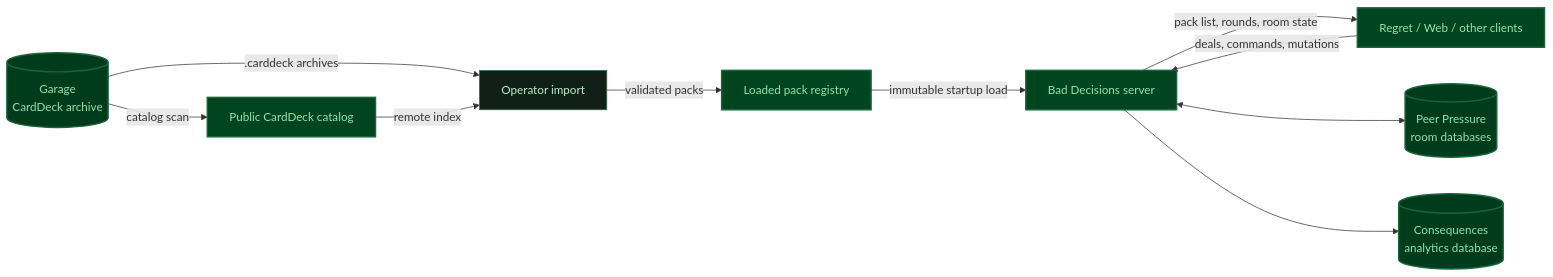
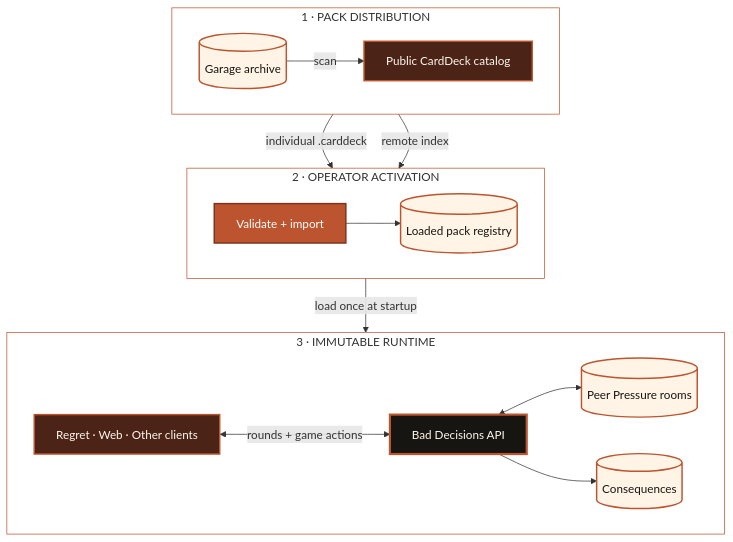
One commit to BytesAndCoffee/bad-decisions changed the diagram in README.md. Above: the diagram before and after it, drawn with Mermaid.

Commit message:
Polish the system architecture diagram

````diff
--- a/README.md
+++ b/README.md
@@ -56,28 +56,41 @@
 ```mermaid
-flowchart LR
-    archive[(Garage<br/>CardDeck archive)]
-    catalog[Public CardDeck catalog]
-    operator[Operator import]
-    registry[Loaded pack registry]
-    server[Bad Decisions server]
-    clients[Regret / Web / other clients]
-    rooms[(Peer Pressure<br/>room databases)]
-    consequences[(Consequences<br/>analytics database)]
+flowchart TB
+    subgraph distribution["1 · PACK DISTRIBUTION"]
+        direction LR
+        archive[(Garage archive)] -->|scan| catalog[Public CardDeck catalog]
+    end
 
-    archive -->|catalog scan| catalog
-    archive -->|.carddeck archives| operator
-    catalog -->|remote index| operator
-    operator -->|validated packs| registry
-    registry -->|immutable startup load| server
-    server -->|pack list, rounds, room state| clients
-    clients -->|deals, commands, mutations| server
-    server <--> rooms
-    server --> consequences
+    subgraph activation["2 · OPERATOR ACTIVATION"]
+        direction LR
+        importer[Validate + import] --> registry[(Loaded pack registry)]
+    end
 
-    classDef service fill:#00451f,stroke:#17663b,color:#8ee4ae,stroke-width:2px;
-    classDef store fill:#003b1c,stroke:#17663b,color:#8ee4ae,stroke-width:2px;
-    classDef action fill:#102018,stroke:#39714f,color:#b9efcd,stroke-width:1px;
-    class archive,rooms,consequences store;
-    class catalog,registry,server,clients service;
-    class operator action;
+    subgraph runtime["3 · IMMUTABLE RUNTIME"]
+        direction LR
+        clients[Regret · Web · Other clients]
+        server[Bad Decisions API]
+        rooms[(Peer Pressure rooms)]
+        consequences[(Consequences)]
+
+        clients <-->|rounds + game actions| server
+        server <--> rooms
+        server --> consequences
+    end
+
+    archive -->|individual .carddeck| importer
+    catalog -->|remote index| importer
+    registry -->|load once at startup| server
+
+    classDef core fill:#171511,stroke:#bc552f,color:#fff8ed,stroke-width:3px;
+    classDef action fill:#bc552f,stroke:#7d321b,color:#ffffff,stroke-width:2px;
+    classDef store fill:#fff4e5,stroke:#bc552f,color:#171511,stroke-width:2px;
+    classDef edge fill:#4b2317,stroke:#bc552f,color:#fff8ed,stroke-width:2px;
+    class server core;
+    class importer action;
+    class archive,registry,rooms,consequences store;
+    class catalog,clients edge;
+
+    style distribution fill:transparent,stroke:#bc552f,stroke-width:1px
+    style activation fill:transparent,stroke:#bc552f,stroke-width:1px
+    style runtime fill:transparent,stroke:#bc552f,stroke-width:1px
 ```
````
